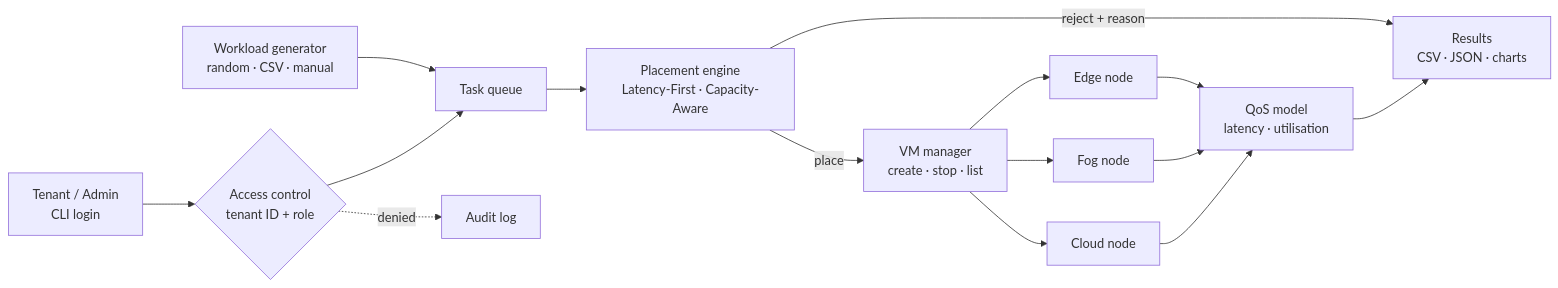
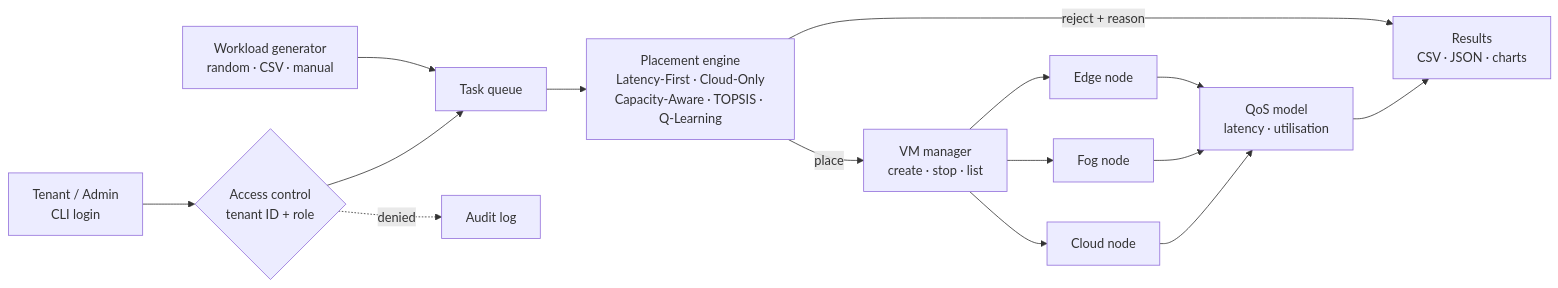
The diagram in docs/SPEC.md (BhavyaB19/Cloud-Dew-Edge-network-simulation-engine), drawn with Mermaid before and after one commit. The commit also changed other lines of this file and 2 other files, not shown here.

First line of the commit message:
Add Cloud-Only, scored Capacity-Aware, TOPSIS and Q-learning policies to spec

````diff
--- a/docs/SPEC.md
+++ b/docs/SPEC.md
@@ -41,15 +41,15 @@
 ```mermaid
 flowchart LR
     U[Tenant / Admin<br/>CLI login] --> AC{Access control<br/>tenant ID + role}
     W[Workload generator<br/>random · CSV · manual] --> Q[Task queue]
     AC --> Q
-    Q --> P[Placement engine<br/>Latency-First · Capacity-Aware]
+    Q --> P[Placement engine<br/>Latency-First · Cloud-Only<br/>Capacity-Aware · TOPSIS · Q-Learning]
     P -->|place| VM[VM manager<br/>create · stop · list]
     P -->|reject + reason| R
     VM --> E[Edge node]
     VM --> F[Fog node]
     VM --> C[Cloud node]
     E & F & C --> M[QoS model<br/>latency · utilisation]
     M --> R[Results<br/>CSV · JSON · charts]
     AC -. denied .-> A[Audit log]
 ```
````
